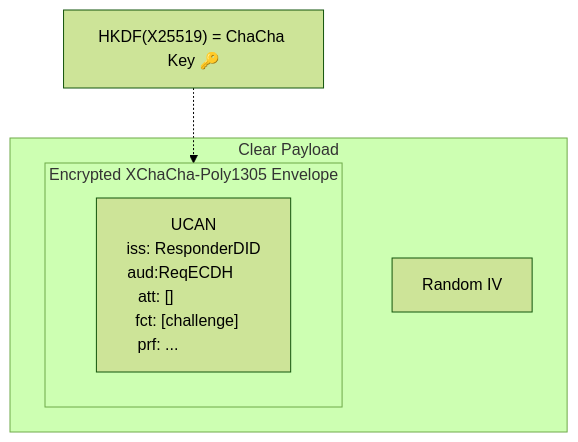
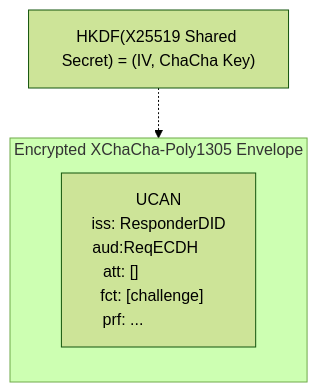
The third of 3 diagrams in README.md (ucan-wg/awake), drawn with Mermaid (forest theme) before and after one commit. The commit also changed other lines of this file, not shown here.

````diff
--- a/README.md
+++ b/README.md
@@ -251,19 +266,16 @@
 ``` mermaid
 flowchart TD
-    XCC["HKDF(X25519) = ChaCha Key 🔑"]
+    XCC["HKDF(X25519 Shared Secret) = (IV, ChaCha Key)"]
 
-    subgraph Clear Payload
-        IV["Random IV"]
-        subgraph Env [Encrypted XChaCha-Poly1305 Envelope]
-            ucan["UCAN
-                iss: ResponderDID
-                aud:ReqECDH&nbsp;&nbsp;&nbsp;&nbsp;&nbsp;&nbsp;
-                att: []&nbsp;&nbsp;&nbsp;&nbsp;&nbsp;&nbsp;&nbsp;&nbsp;&nbsp;&nbsp;&nbsp;&nbsp;&nbsp;&nbsp;&nbsp;&nbsp;&nbsp;
-                fct: [challenge]&nbsp;&nbsp;&nbsp;
-                prf: ...&nbsp;&nbsp;&nbsp;&nbsp;&nbsp;&nbsp;&nbsp;&nbsp;&nbsp;&nbsp;&nbsp;&nbsp;&nbsp;&nbsp;&nbsp;&nbsp;
-            "]
-        end
+    subgraph Env [Encrypted XChaCha-Poly1305 Envelope]
+        ucan["UCAN
+            iss: ResponderDID
+            aud:ReqECDH&nbsp;&nbsp;&nbsp;&nbsp;&nbsp;&nbsp;
+            att: []&nbsp;&nbsp;&nbsp;&nbsp;&nbsp;&nbsp;&nbsp;&nbsp;&nbsp;&nbsp;&nbsp;&nbsp;&nbsp;&nbsp;&nbsp;&nbsp;&nbsp;
+            fct: [challenge]&nbsp;&nbsp;&nbsp;
+            prf: ...&nbsp;&nbsp;&nbsp;&nbsp;&nbsp;&nbsp;&nbsp;&nbsp;&nbsp;&nbsp;&nbsp;&nbsp;&nbsp;&nbsp;&nbsp;&nbsp;
+        "]
     end
 
     XCC -.-> Env
 ```
````
